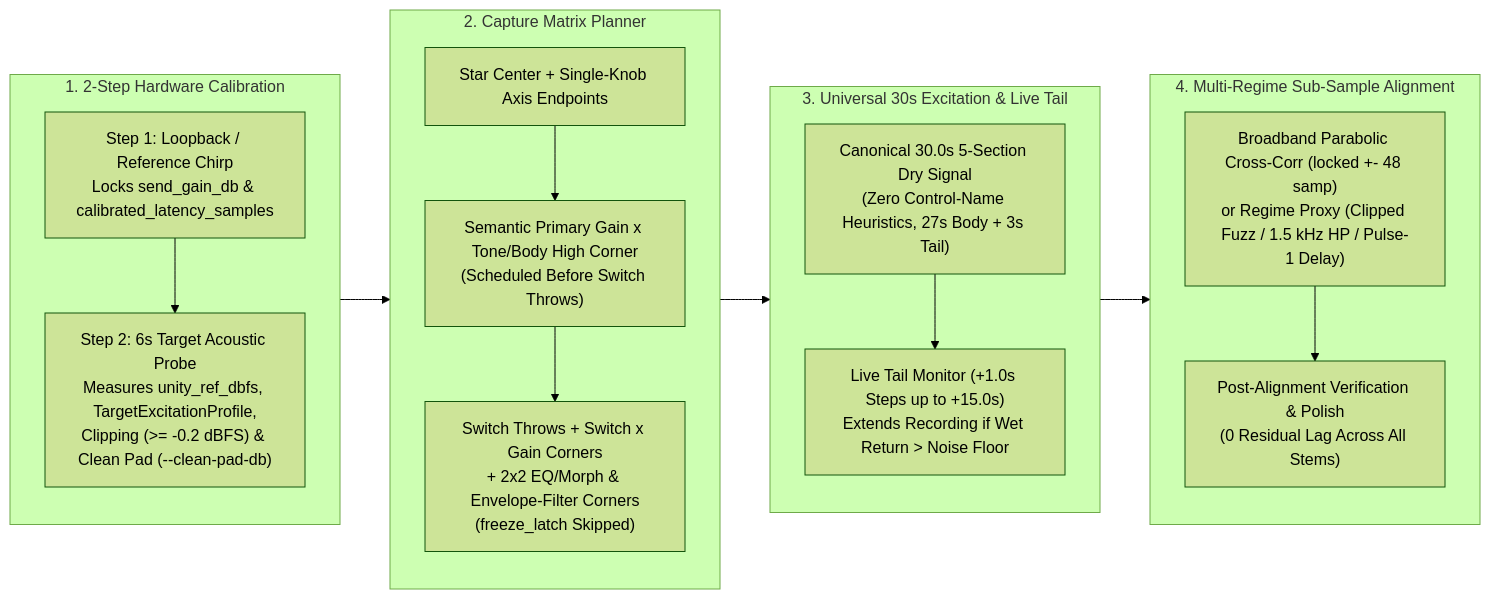
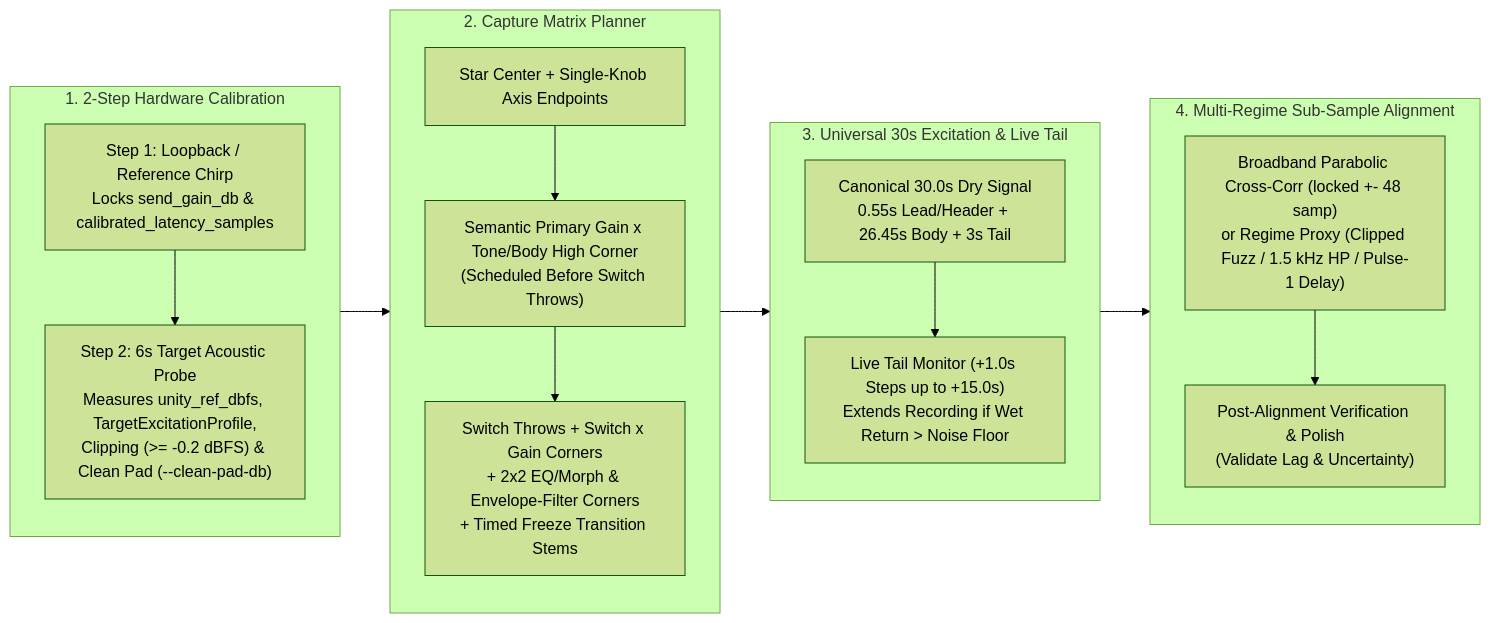
One commit to dnam-project/dnam changed the first of 2 diagrams in docs/training/capture_and_alignment.md. Above: the diagram before and after it, drawn with Mermaid (forest theme). The commit also changed other lines of this file and 105 other files, not shown here.

````diff
--- a/docs/training/capture_and_alignment.md
+++ b/docs/training/capture_and_alignment.md
@@ -11,21 +11,21 @@
 ```mermaid
 flowchart LR
     subgraph Calib ["1. 2-Step Hardware Calibration"]
         C1["Step 1: Loopback / Reference Chirp<br/>Locks send_gain_db & calibrated_latency_samples"] --> C2["Step 2: 6s Target Acoustic Probe<br/>Measures unity_ref_dbfs, TargetExcitationProfile,<br/>Clipping (>= -0.2 dBFS) & Clean Pad (--clean-pad-db)"]
     end
 
     subgraph Plan ["2. Capture Matrix Planner"]
         P1["Star Center + Single-Knob Axis Endpoints"] --> P2["Semantic Primary Gain x Tone/Body High Corner<br/>(Scheduled Before Switch Throws)"]
-        P2 --> P3["Switch Throws + Switch x Gain Corners<br/>+ 2x2 EQ/Morph & Envelope-Filter Corners<br/>(freeze_latch Skipped)"]
+        P2 --> P3["Switch Throws + Switch x Gain Corners<br/>+ 2x2 EQ/Morph & Envelope-Filter Corners<br/>+ Timed Freeze Transition Stems"]
     end
 
     subgraph Excite ["3. Universal 30s Excitation & Live Tail"]
-        E1["Canonical 30.0s 5-Section Dry Signal<br/>(Zero Control-Name Heuristics, 27s Body + 3s Tail)"] --> E2["Live Tail Monitor (+1.0s Steps up to +15.0s)<br/>Extends Recording if Wet Return > Noise Floor"]
+        E1["Canonical 30.0s Dry Signal<br/>0.55s Lead/Header + 26.45s Body + 3s Tail"] --> E2["Live Tail Monitor (+1.0s Steps up to +15.0s)<br/>Extends Recording if Wet Return > Noise Floor"]
     end
 
     subgraph Align ["4. Multi-Regime Sub-Sample Alignment"]
-        A1["Broadband Parabolic Cross-Corr (locked +- 48 samp)<br/>or Regime Proxy (Clipped Fuzz / 1.5 kHz HP / Pulse-1 Delay)"] --> A2["Post-Alignment Verification & Polish<br/>(0 Residual Lag Across All Stems)"]
+        A1["Broadband Parabolic Cross-Corr (locked +- 48 samp)<br/>or Regime Proxy (Clipped Fuzz / 1.5 kHz HP / Pulse-1 Delay)"] --> A2["Post-Alignment Verification & Polish<br/>(Validate Lag & Uncertainty)"]
     end
 
     Calib --> Plan --> Excite --> Align
 ```
````
